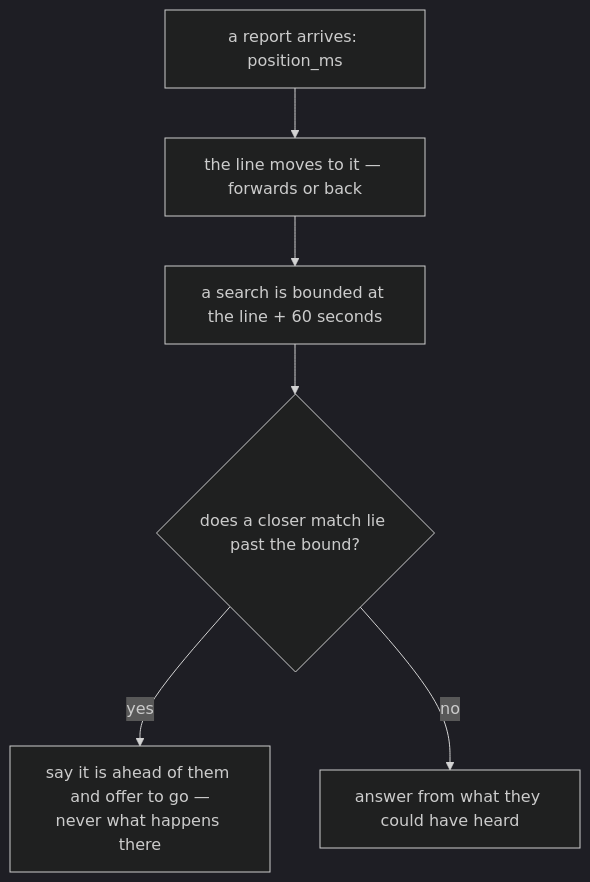
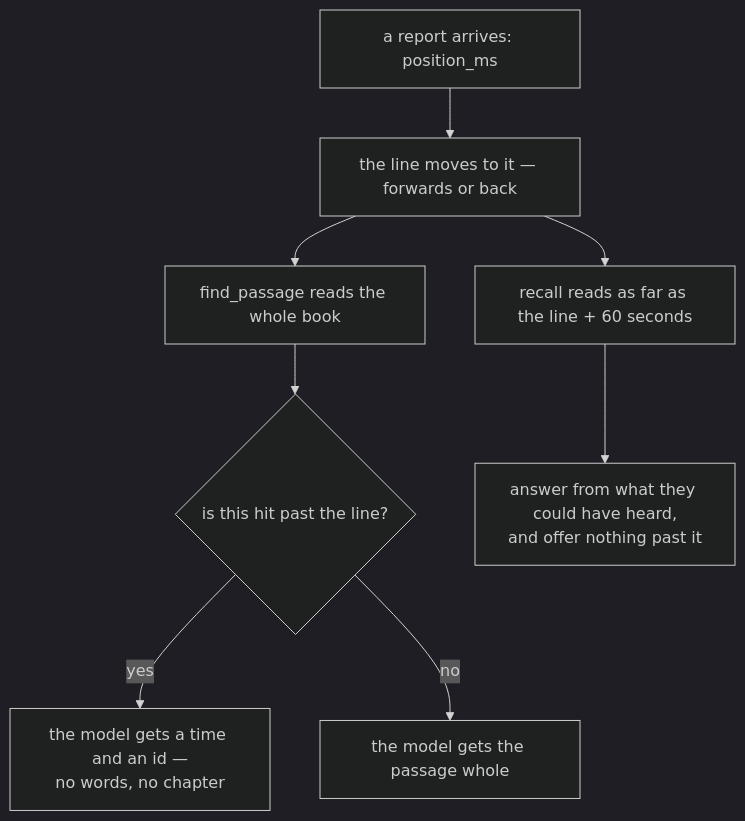
The fifth of 5 diagrams in docs/explanations/architecture.md (gilesknap/somnia), drawn with Mermaid (dark theme) before and after one commit. The commit also changed other lines of this file and 9 other files, not shown here.

````diff
--- a/docs/explanations/architecture.md
+++ b/docs/explanations/architecture.md
@@ -325,8 +325,10 @@
 ```mermaid
 flowchart TD
   R["a report arrives: position_ms"] --> U["the line moves to it — forwards or back"]
-  U --> S["a search is bounded at the line + 60 seconds"]
-  S --> Q{"does a closer match lie past the bound?"}
-  Q -- yes --> O["say it is ahead of them and offer to go —<br>never what happens there"]
-  Q -- no --> A["answer from what they could have heard"]
+  U --> F["find_passage reads the whole book"]
+  U --> C["recall reads as far as the line + 60 seconds"]
+  F --> H{"is this hit past the line?"}
+  H -- yes --> T["the model gets a time and an id —<br>no words, no chapter"]
+  H -- no --> W["the model gets the passage whole"]
+  C --> A["answer from what they could have heard,<br>and offer nothing past it"]
 ```
````
